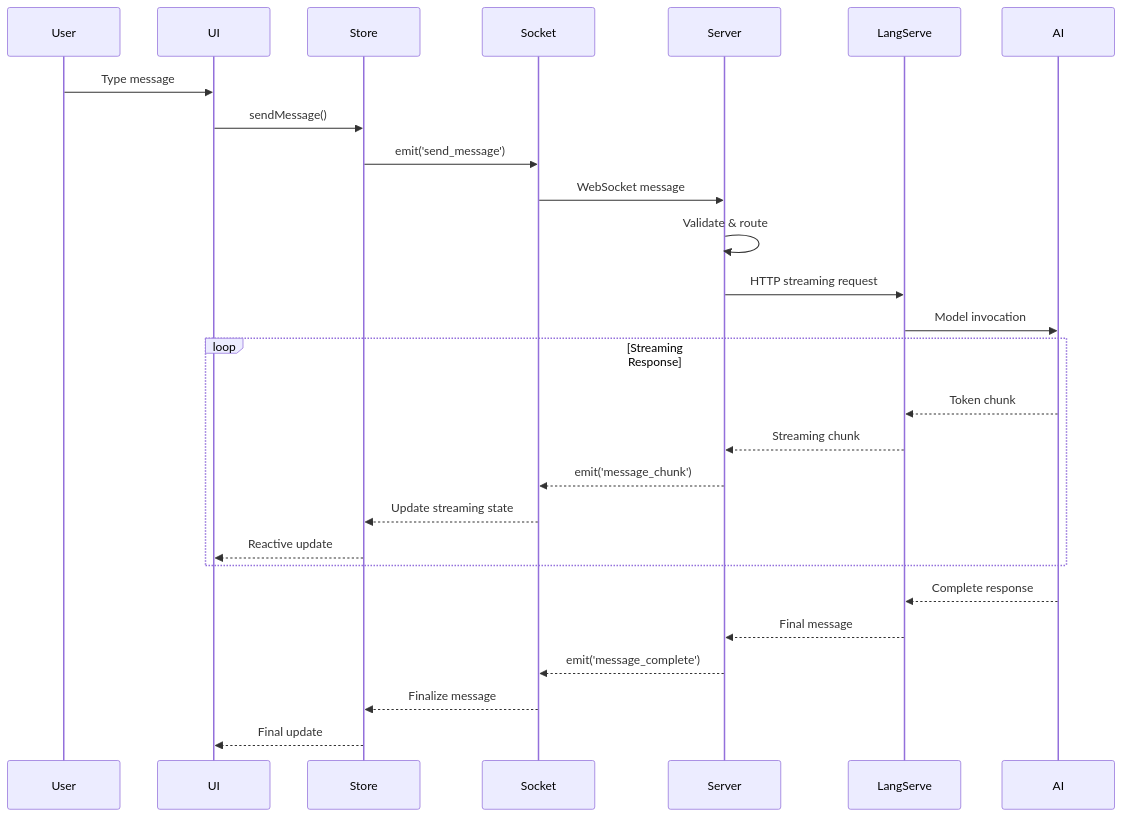
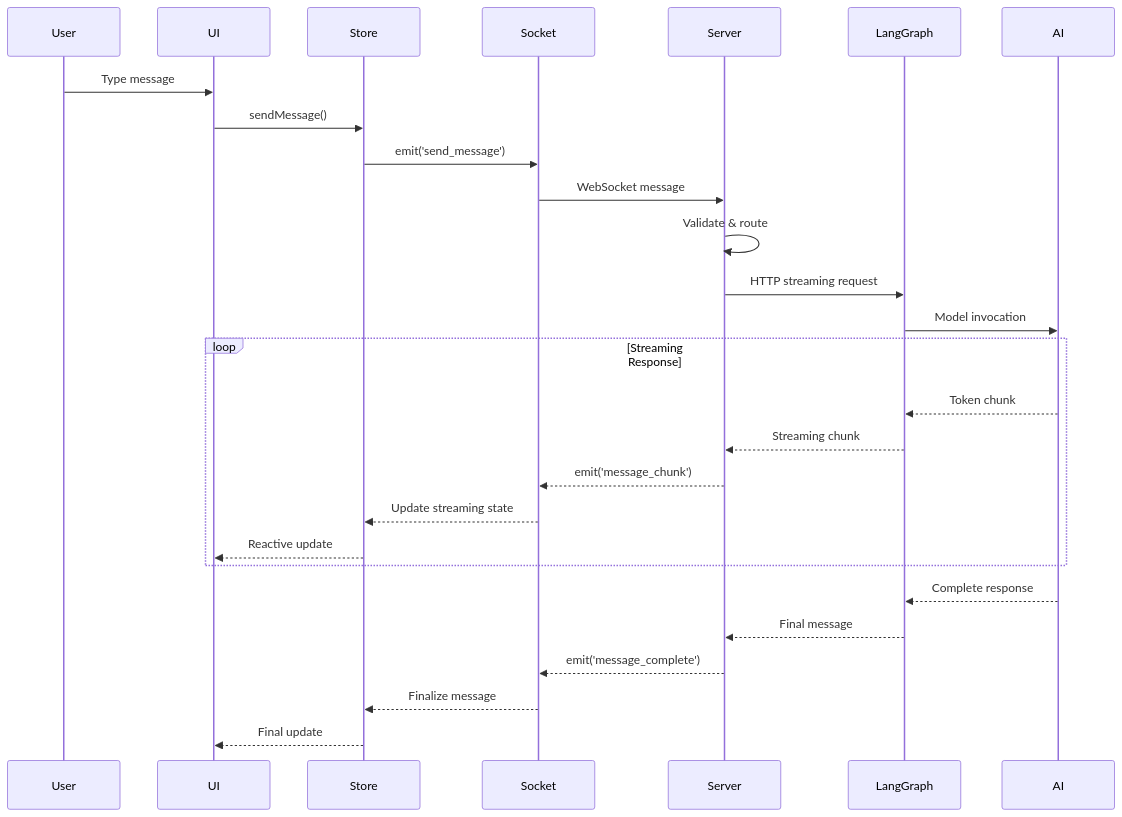
The second of 3 diagrams in docs/advanced/architecture.md (synergyai-nl/svelte-langserve), drawn with Mermaid before and after one commit. The commit also changed other lines of this file and 11 other files, not shown here.

First line of the commit message:
📚 Complete documentation migration from LangServe to LangGraph

````diff
--- a/docs/advanced/architecture.md
+++ b/docs/advanced/architecture.md
@@ -60,32 +60,32 @@
 ```mermaid
 sequenceDiagram
     participant User
     participant UI
     participant Store
     participant Socket
     participant Server
-    participant LangServe
+    participant LangGraph
     participant AI
 
     User->>UI: Type message
     UI->>Store: sendMessage()
     Store->>Socket: emit('send_message')
     Socket->>Server: WebSocket message
     Server->>Server: Validate & route
-    Server->>LangServe: HTTP streaming request
-    LangServe->>AI: Model invocation
+    Server->>LangGraph: HTTP streaming request
+    LangGraph->>AI: Model invocation
     
     loop Streaming Response
-        AI-->>LangServe: Token chunk
-        LangServe-->>Server: Streaming chunk
+        AI-->>LangGraph: Token chunk
+        LangGraph-->>Server: Streaming chunk
         Server-->>Socket: emit('message_chunk')
         Socket-->>Store: Update streaming state
         Store-->>UI: Reactive update
     end
     
-    AI-->>LangServe: Complete response
-    LangServe-->>Server: Final message
+    AI-->>LangGraph: Complete response
+    LangGraph-->>Server: Final message
     Server-->>Socket: emit('message_complete')
     Socket-->>Store: Finalize message
     Store-->>UI: Final update
 ```
````
